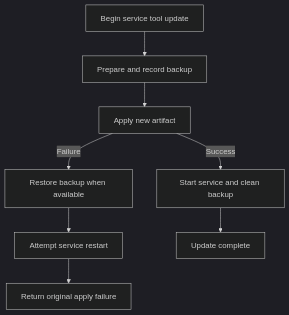
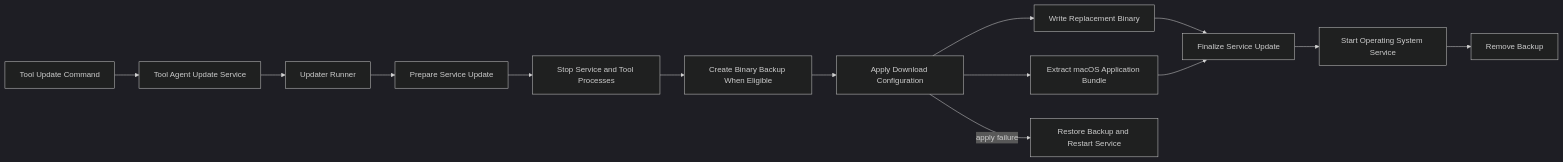
Before and after one commit to flamingo-stack/openframe-oss-tenant: the second of 3 diagrams in docs/reference/architecture/openframe-client-core/platform-tool-updater-service/platform-tool-updater-service.md, drawn with Mermaid (dark theme). The commit also changed other lines of this file and 2377 other files, not shown here.

````diff
--- a/docs/reference/architecture/openframe-client-core/platform-tool-updater-service/platform-tool-updater-service.md
+++ b/docs/reference/architecture/openframe-client-core/platform-tool-updater-service/platform-tool-updater-service.md
@@ -117,10 +70,16 @@
 ```mermaid
-flowchart TD
-    Start["Begin service tool update"] --> Prepare["Prepare and record backup"]
-    Prepare --> Apply["Apply new artifact"]
-    Apply -->|"Success"| Finalize["Start service and clean backup"]
-    Apply -->|"Failure"| Rollback["Restore backup when available"]
-    Rollback --> Restart["Attempt service restart"]
-    Restart --> Failed["Return original apply failure"]
-    Finalize --> Complete["Update complete"]
+flowchart LR
+    Command["Tool Update Command"] --> Handler["Tool Agent Update Service"]
+    Handler --> Runner["Updater Runner"]
+    Runner --> Prepare["Prepare Service Update"]
+    Prepare --> Stop["Stop Service and Tool Processes"]
+    Stop --> Backup["Create Binary Backup When Eligible"]
+    Backup --> Apply["Apply Download Configuration"]
+    Apply --> Binary["Write Replacement Binary"]
+    Apply --> Bundle["Extract macOS Application Bundle"]
+    Binary --> Finalize["Finalize Service Update"]
+    Bundle --> Finalize
+    Finalize --> Start["Start Operating System Service"]
+    Start --> Cleanup["Remove Backup"]
+    Apply -->|"apply failure"| Rollback["Restore Backup and Restart Service"]
 ```
````
